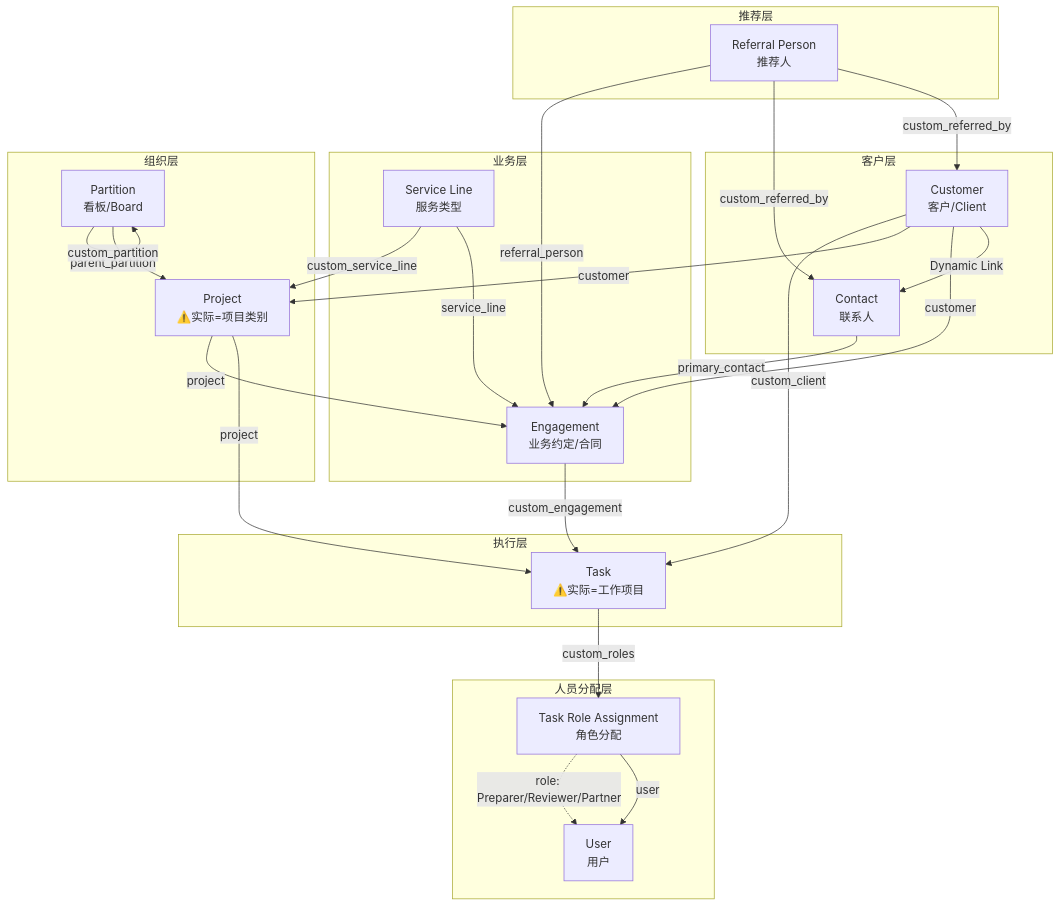
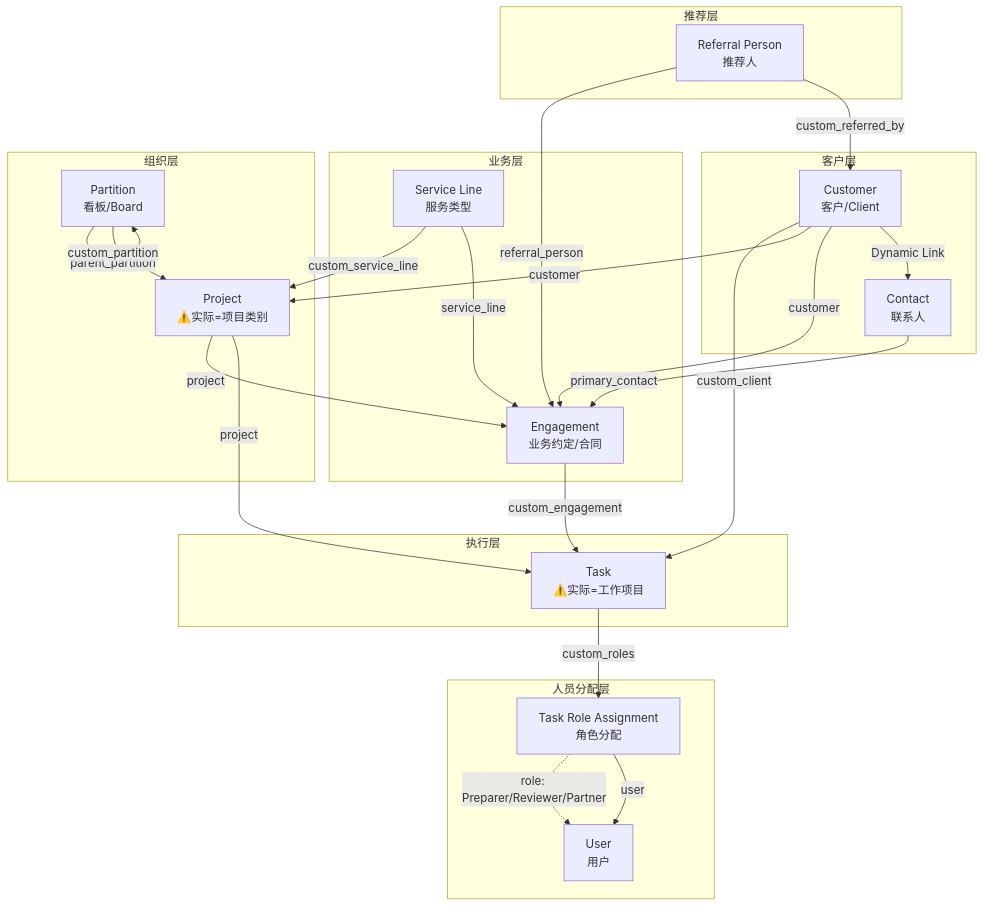
One commit to Top-Figures-Business-Solution-Pty-Ltd/Smart-Accounting-SaaS-Platform changed the diagram in smart_accounting_data_architecture.md. Above: the diagram before and after it, drawn with Mermaid. The commit also changed other lines of this file and 5 other files, not shown here.

````diff
--- a/smart_accounting_data_architecture.md
+++ b/smart_accounting_data_architecture.md
@@ -22,64 +22,63 @@
 ```mermaid
 flowchart TB
     subgraph 推荐层
         RP[Referral Person<br/>推荐人]
     end
     
     subgraph 客户层
         CUS[Customer<br/>客户/Client]
         CON[Contact<br/>联系人]
     end
     
     subgraph 业务层
         ENG[Engagement<br/>业务约定/合同]
         SL[Service Line<br/>服务类型]
     end
     
     subgraph 组织层
         PAR[Partition<br/>看板/Board]
         PRO[Project<br/>⚠️实际=项目类别]
     end
     
     subgraph 执行层
         TASK[Task<br/>⚠️实际=工作项目]
     end
     
     subgraph 人员分配层
         TRA[Task Role Assignment<br/>角色分配]
         USER[User<br/>用户]
     end
     
     %% Referral Person 关系
     RP -->|custom_referred_by| CUS
-    RP -->|custom_referred_by| CON
     RP -->|referral_person| ENG
     
     %% Customer 关系
     CUS -->|Dynamic Link| CON
     CUS -->|customer| ENG
     CUS -->|customer| PRO
     CUS -->|custom_client| TASK
     
     %% Contact 关系
     CON -->|primary_contact| ENG
     
     %% Service Line 关系
     SL -->|service_line| ENG
     SL -->|custom_service_line| PRO
     
     %% Partition 关系
     PAR -->|parent_partition| PAR
     PAR -->|custom_partition| PRO
     
     %% Project 关系
     PRO -->|project| TASK
     PRO -->|project| ENG
     
     %% Engagement 关系
     ENG -->|custom_engagement| TASK
     
     %% Task 角色分配关系
     TASK -->|custom_roles| TRA
     TRA -->|user| USER
     TRA -.->|role: Preparer/Reviewer/Partner| USER
 ```
````
